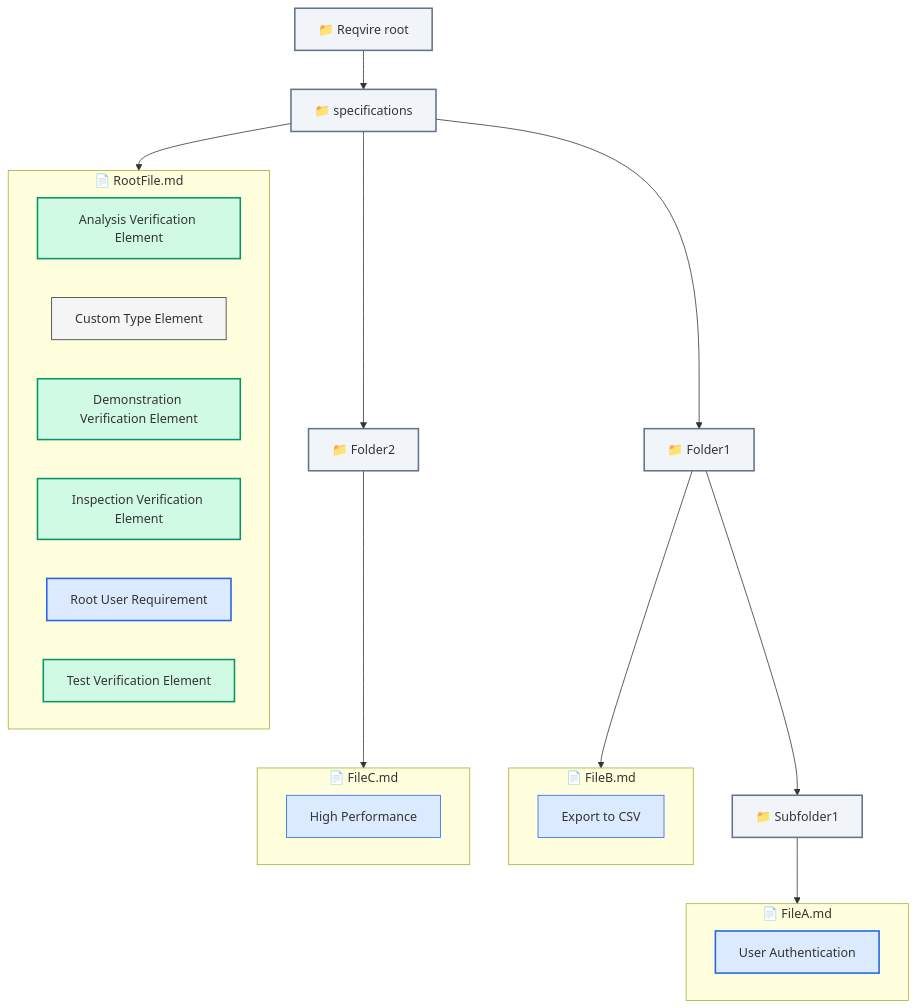
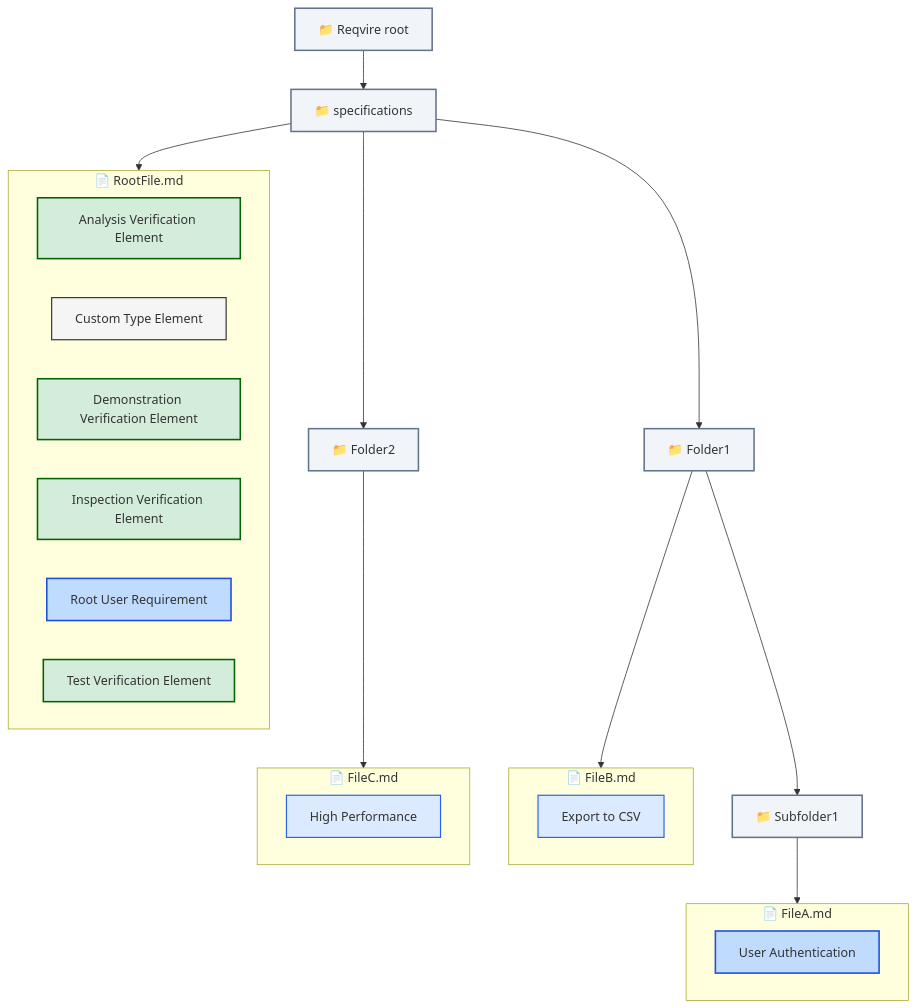
The diagram in tests/test-containment-view/expected-containment-output.md (reqvire-org/reqvire), drawn with Mermaid before and after one commit. The commit also changed 21 other files, not shown here.

First line of the commit message:
Update color scheme for web interface and diagrams

````diff
--- a/tests/test-containment-view/expected-containment-output.md
+++ b/tests/test-containment-view/expected-containment-output.md
@@ -3,80 +3,80 @@
 ```mermaid
 graph TD
   %% Graph styling
-  classDef userRequirement fill:#dbeafe,stroke:#2563EB,stroke-width:2px;
-  classDef systemRequirement fill:#dbeafe,stroke:#2563EB,stroke-width:1px;
-  classDef requirement fill:#dbeafe,stroke:#2563EB,stroke-width:1px;
-  classDef verification fill:#d1fae5,stroke:#059669,stroke-width:2px;
-  classDef default fill:#f5f5f5,stroke:#333333,stroke-width:1px;
+  classDef userRequirement fill:#bfdbfe,stroke:#1d4ed8,stroke-width:2px;
+  classDef systemRequirement fill:#dbeafe,stroke:#2563EB,stroke-width:1.5px;
+  classDef requirement fill:#dbeafe,stroke:#2563EB,stroke-width:1.5px;
+  classDef verification fill:#d4edda,stroke:#006400,stroke-width:2px;
+  classDef default fill:#f5f5f5,stroke:#333333,stroke-width:1.5px;
   classDef folder fill:#f1f5f9,stroke:#64748B,stroke-width:2px;
   classDef file fill:#fef3c7,stroke:#D97706,stroke-width:2px;
 
   root["📁 Reqvire root"]
   class root folder
 
   specifications["📁 specifications"]
   root --> specifications
   class specifications folder
   specifications_Folder1["📁 Folder1"]
   specifications --> specifications_Folder1
   class specifications_Folder1 folder
   specifications_Folder1_Subfolder1["📁 Subfolder1"]
   specifications_Folder1 --> specifications_Folder1_Subfolder1
   class specifications_Folder1_Subfolder1 folder
   subgraph specifications/Folder1/Subfolder1/FileA["📄 FileA.md"]
     58d1cd147301f9e3["User Authentication"]
   end
   specifications_Folder1_Subfolder1 --> specifications/Folder1/Subfolder1/FileA
   subgraph specifications/Folder1/FileB["📄 FileB.md"]
     e08a9833904afb54["Export to CSV"]
   end
   specifications_Folder1 --> specifications/Folder1/FileB
   specifications_Folder2["📁 Folder2"]
   specifications --> specifications_Folder2
   class specifications_Folder2 folder
   subgraph specifications/Folder2/FileC["📄 FileC.md"]
     25af44158bf43fcc["High Performance"]
   end
   specifications_Folder2 --> specifications/Folder2/FileC
   subgraph specifications/RootFile["📄 RootFile.md"]
     8be34e37b1135168["Analysis Verification Element"]
     17cdb2bd8b866540["Custom Type Element"]
     27ce8e2d3add00a7["Demonstration Verification Element"]
     e65293d51dd83e69["Inspection Verification Element"]
     2a302bfb04c46059["Root User Requirement"]
     939fef5f29ad393f["Test Verification Element"]
   end
   specifications --> specifications/RootFile
 
   %% Element type styling
   class e08a9833904afb54 requirement
   class f0838bb4b888bb69 requirement
   class 490e1613c01f9f25 requirement
   class b9b9c21ca4e8fef6 requirement
   class 58d1cd147301f9e3 userRequirement
   class 25af44158bf43fcc requirement
   class 06d646615c67db9c requirement
   class 8be34e37b1135168 verification
   class 17cdb2bd8b866540 default
   class 27ce8e2d3add00a7 verification
   class e65293d51dd83e69 verification
   class e7f7eefa12a25e33 requirement
   class 2a302bfb04c46059 userRequirement
   class 939fef5f29ad393f verification
 
   %% Clickable links
   click e08a9833904afb54 "specifications/Folder1/FileB.md#export-to-csv"
   click f0838bb4b888bb69 "specifications/Folder1/FileB.md#import-from-json"
   click 490e1613c01f9f25 "specifications/Folder1/Subfolder1/FileA.md#data-validation"
   click b9b9c21ca4e8fef6 "specifications/Folder1/Subfolder1/FileA.md#error-logging"
   click 58d1cd147301f9e3 "specifications/Folder1/Subfolder1/FileA.md#user-authentication"
   click 25af44158bf43fcc "specifications/Folder2/FileC.md#high-performance"
   click 06d646615c67db9c "specifications/Folder2/FileC.md#scalability"
   click 8be34e37b1135168 "specifications/RootFile.md#analysis-verification-element"
   click 17cdb2bd8b866540 "specifications/RootFile.md#custom-type-element"
   click 27ce8e2d3add00a7 "specifications/RootFile.md#demonstration-verification-element"
   click e65293d51dd83e69 "specifications/RootFile.md#inspection-verification-element"
   click e7f7eefa12a25e33 "specifications/RootFile.md#root-system-requirement"
   click 2a302bfb04c46059 "specifications/RootFile.md#root-user-requirement"
   click 939fef5f29ad393f "specifications/RootFile.md#test-verification-element"
 ```
````
